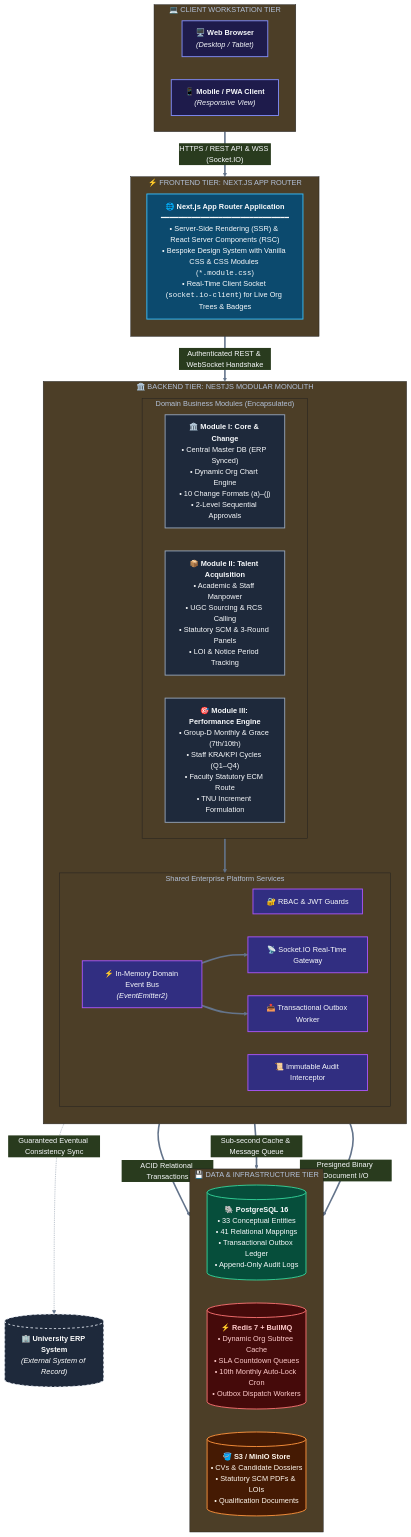
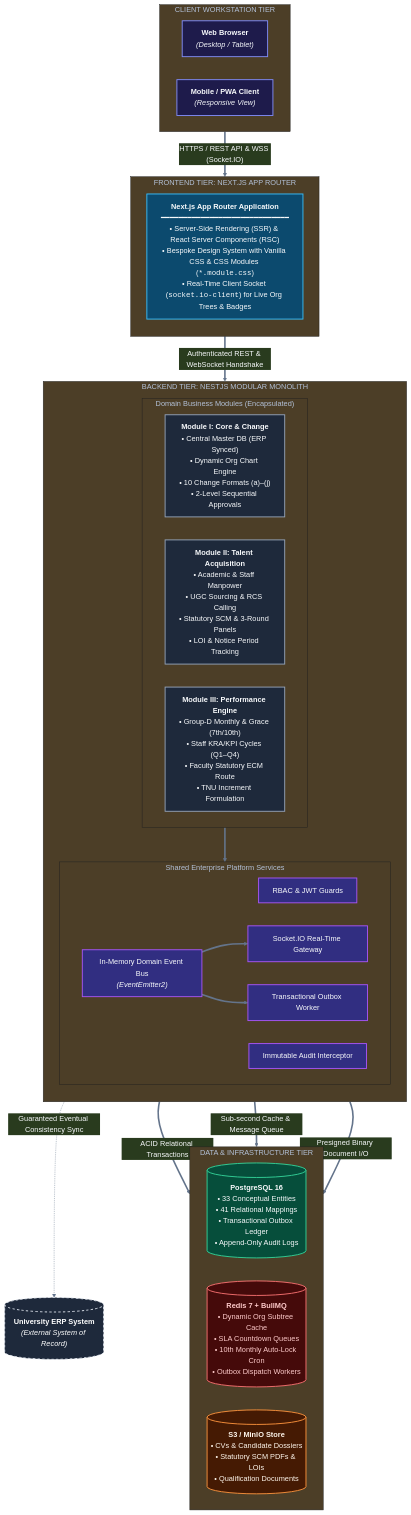
The first of 3 diagrams in docs/04-system-architecture/01-SYSTEM-ARCHITECTURE-SPECIFICATION.md (Aditya11o/HR-CHANGE-MANAGEMENT-SYSTEM), drawn with Mermaid before and after one commit. The commit also changed other lines of this file and 8 other files, not shown here.

Commit message:
docs: add system architecture, test strategy, deployment guide, and requirements specifications

````diff
--- a/docs/04-system-architecture/01-SYSTEM-ARCHITECTURE-SPECIFICATION.md
+++ b/docs/04-system-architecture/01-SYSTEM-ARCHITECTURE-SPECIFICATION.md
@@ -23,64 +23,64 @@
 ```mermaid
 %%{init: {'theme': 'base', 'themeVariables': { 'primaryColor': '#1e293b', 'primaryTextColor': '#f8fafc', 'primaryBorderColor': '#38bdf8', 'lineColor': '#64748b'}}}%%
 flowchart TD
     %% Styling Classes
     classDef clientNode fill:#1e1b4b,stroke:#818cf8,stroke-width:2px,color:#f8fafc;
     classDef feNode fill:#0c4a6e,stroke:#38bdf8,stroke-width:2px,color:#f8fafc;
     classDef beModNode fill:#1e293b,stroke:#94a3b8,stroke-width:2px,color:#f8fafc;
     classDef sharedNode fill:#312e81,stroke:#a855f7,stroke-width:2px,color:#f8fafc;
     classDef dbNode fill:#064e3b,stroke:#34d399,stroke-width:2px,color:#f8fafc;
     classDef redisNode fill:#450a0a,stroke:#f87171,stroke-width:2px,color:#fecaca;
     classDef s3Node fill:#451a03,stroke:#fb923c,stroke-width:2px,color:#fff7ed;
     classDef erpNode fill:#1e293b,stroke:#e2e8f0,stroke-width:2px,stroke-dasharray: 5 5,color:#ffffff;
 
-    subgraph CLIENTS ["💻 CLIENT WORKSTATION TIER"]
+    subgraph CLIENTS ["CLIENT WORKSTATION TIER"]
         direction LR
-        CLI_WEB["🖥️ <b>Web Browser</b><br/><i>(Desktop / Tablet)</i>"]:::clientNode
-        CLI_MOB["📱 <b>Mobile / PWA Client</b><br/><i>(Responsive View)</i>"]:::clientNode
+        CLI_WEB["<b>Web Browser</b><br/><i>(Desktop / Tablet)</i>"]:::clientNode
+        CLI_MOB["<b>Mobile / PWA Client</b><br/><i>(Responsive View)</i>"]:::clientNode
     end
 
-    subgraph FRONTEND ["⚡ FRONTEND TIER: NEXT.JS APP ROUTER"]
+    subgraph FRONTEND ["FRONTEND TIER: NEXT.JS APP ROUTER"]
         direction TB
-        FE_APP["🌐 <b>Next.js App Router Application</b><br/>━━━━━━━━━━━━━━━━━━━━━━━━━━━━━<br/>• Server-Side Rendering (SSR) & React Server Components (RSC)<br/>• Bespoke Design System with Vanilla CSS & CSS Modules (<code>*.module.css</code>)<br/>• Real-Time Client Socket (<code>socket.io-client</code>) for Live Org Trees & Badges"]:::feNode
+        FE_APP["<b>Next.js App Router Application</b><br/>━━━━━━━━━━━━━━━━━━━━━━━━━━━━━<br/>• Server-Side Rendering (SSR) & React Server Components (RSC)<br/>• Bespoke Design System with Vanilla CSS & CSS Modules (<code>*.module.css</code>)<br/>• Real-Time Client Socket (<code>socket.io-client</code>) for Live Org Trees & Badges"]:::feNode
     end
 
-    subgraph BACKEND ["🏛️ BACKEND TIER: NESTJS MODULAR MONOLITH"]
+    subgraph BACKEND ["BACKEND TIER: NESTJS MODULAR MONOLITH"]
         direction TB
         subgraph MODULES ["Domain Business Modules (Encapsulated)"]
             direction LR
-            MOD1["🏛️ <b>Module I: Core & Change</b><br/>• Central Master DB (ERP Synced)<br/>• Dynamic Org Chart Engine<br/>• 10 Change Formats (a)–(j)<br/>• 2-Level Sequential Approvals"]:::beModNode
-            MOD2["📦 <b>Module II: Talent Acquisition</b><br/>• Academic & Staff Manpower<br/>• UGC Sourcing & RCS Calling<br/>• Statutory SCM & 3-Round Panels<br/>• LOI & Notice Period Tracking"]:::beModNode
-            MOD3["🎯 <b>Module III: Performance Engine</b><br/>• Group-D Monthly & Grace (7th/10th)<br/>• Staff KRA/KPI Cycles (Q1–Q4)<br/>• Faculty Statutory ECM Route<br/>• TNU Increment Formulation"]:::beModNode
+            MOD1["<b>Module I: Core & Change</b><br/>• Central Master DB (ERP Synced)<br/>• Dynamic Org Chart Engine<br/>• 10 Change Formats (a)–(j)<br/>• 2-Level Sequential Approvals"]:::beModNode
+            MOD2["<b>Module II: Talent Acquisition</b><br/>• Academic & Staff Manpower<br/>• UGC Sourcing & RCS Calling<br/>• Statutory SCM & 3-Round Panels<br/>• LOI & Notice Period Tracking"]:::beModNode
+            MOD3["<b>Module III: Performance Engine</b><br/>• Group-D Monthly & Grace (7th/10th)<br/>• Staff KRA/KPI Cycles (Q1–Q4)<br/>• Faculty Statutory ECM Route<br/>• TNU Increment Formulation"]:::beModNode
         end
 
         subgraph PLATFORM ["Shared Enterprise Platform Services"]
             direction LR
-            SVC_AUTH["🔐 RBAC & JWT Guards"]:::sharedNode
-            SVC_AUDIT["📜 Immutable Audit Interceptor"]:::sharedNode
-            SVC_BUS["⚡ In-Memory Domain Event Bus<br/><i>(EventEmitter2)</i>"]:::sharedNode
-            SVC_WS["📡 Socket.IO Real-Time Gateway"]:::sharedNode
-            SVC_OUTBOX["📤 Transactional Outbox Worker"]:::sharedNode
+            SVC_AUTH["RBAC & JWT Guards"]:::sharedNode
+            SVC_AUDIT["Immutable Audit Interceptor"]:::sharedNode
+            SVC_BUS["In-Memory Domain Event Bus<br/><i>(EventEmitter2)</i>"]:::sharedNode
+            SVC_WS["Socket.IO Real-Time Gateway"]:::sharedNode
+            SVC_OUTBOX["Transactional Outbox Worker"]:::sharedNode
         end
 
         MODULES ==> SVC_BUS
         SVC_BUS ==> SVC_WS
         SVC_BUS ==> SVC_OUTBOX
     end
 
-    subgraph PERSISTENCE ["💾 DATA & INFRASTRUCTURE TIER"]
+    subgraph PERSISTENCE ["DATA & INFRASTRUCTURE TIER"]
         direction LR
-        DB[("🐘 <b>PostgreSQL 16</b><br/>• 33 Conceptual Entities<br/>• 41 Relational Mappings<br/>• Transactional Outbox Ledger<br/>• Append-Only Audit Logs")]:::dbNode
-        REDIS[("⚡ <b>Redis 7 + BullMQ</b><br/>• Dynamic Org Subtree Cache<br/>• SLA Countdown Queues<br/>• 10th Monthly Auto-Lock Cron<br/>• Outbox Dispatch Workers")]:::redisNode
-        S3[("🪣 <b>S3 / MinIO Store</b><br/>• CVs & Candidate Dossiers<br/>• Statutory SCM PDFs & LOIs<br/>• Qualification Documents")]:::s3Node
+        DB[("<b>PostgreSQL 16</b><br/>• 33 Conceptual Entities<br/>• 41 Relational Mappings<br/>• Transactional Outbox Ledger<br/>• Append-Only Audit Logs")]:::dbNode
+        REDIS[("<b>Redis 7 + BullMQ</b><br/>• Dynamic Org Subtree Cache<br/>• SLA Countdown Queues<br/>• 10th Monthly Auto-Lock Cron<br/>• Outbox Dispatch Workers")]:::redisNode
+        S3[("<b>S3 / MinIO Store</b><br/>• CVs & Candidate Dossiers<br/>• Statutory SCM PDFs & LOIs<br/>• Qualification Documents")]:::s3Node
     end
 
-    ERP[("🏢 <b>University ERP System</b><br/><i>(External System of Record)</i>")]:::erpNode
+    ERP[("<b>University ERP System</b><br/><i>(External System of Record)</i>")]:::erpNode
 
     %% Inter-Tier Connections
     CLIENTS ==>|"HTTPS / REST API & WSS (Socket.IO)"| FRONTEND
     FRONTEND ==>|"Authenticated REST & WebSocket Handshake"| BACKEND
     BACKEND ==>|"ACID Relational Transactions"| DB
     BACKEND ==>|"Sub-second Cache & Message Queue"| REDIS
     BACKEND ==>|"Presigned Binary Document I/O"| S3
     SVC_OUTBOX -.->|"Guaranteed Eventual Consistency Sync"| ERP
 ```
````
